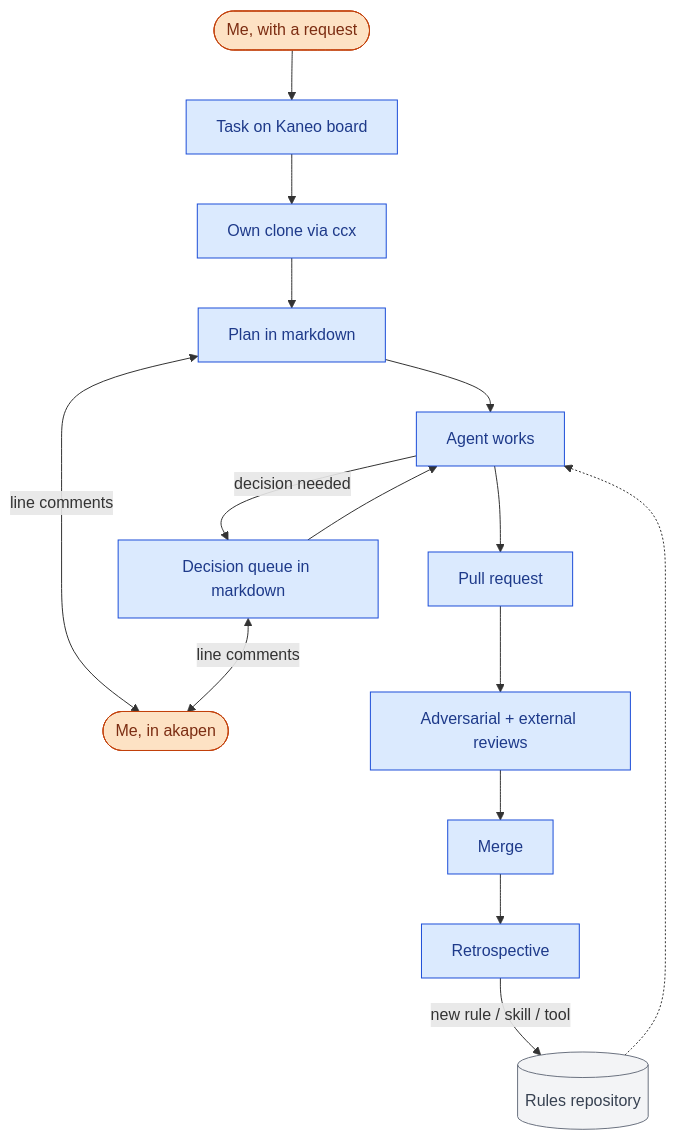
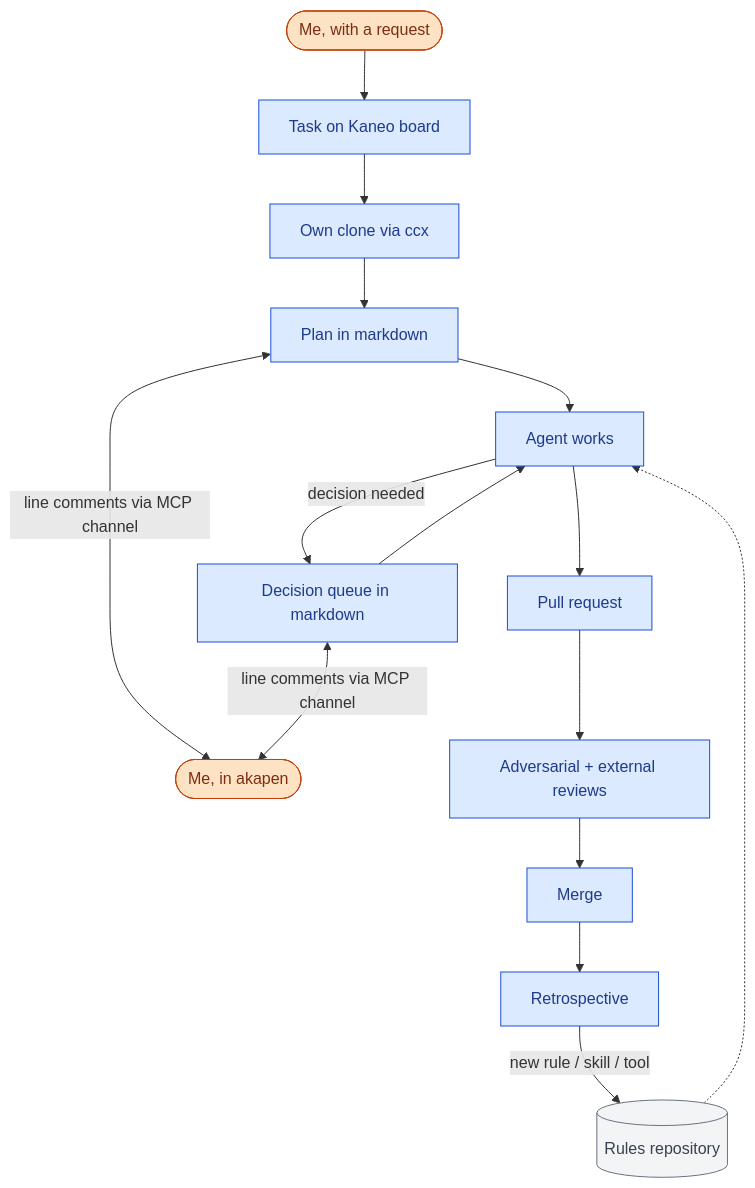
The diagram in src/pages/workflow.md (TakashiAihara/profile.takashiaihara.site), drawn with Mermaid before and after one commit. The commit also changed other lines of this file, not shown here.

First line of the commit message:
docs: add ccx-agent session support and akapen MCP channel

```diff
--- a/src/pages/workflow.md
+++ b/src/pages/workflow.md
@@ -12,23 +12,23 @@
 <pre class="mermaid">
 flowchart TD
   req([Me, with a request]) --> task[Task on Kaneo board]
   task --> clone[Own clone via ccx]
   clone --> plan[Plan in markdown]
-  plan <-->|line comments| me([Me, in akapen])
+  plan <-->|line comments via MCP channel| me([Me, in akapen])
   plan --> work[Agent works]
   work -->|decision needed| queue[Decision queue in markdown]
-  queue <-->|line comments| me
+  queue <-->|line comments via MCP channel| me
   queue --> work
   work --> pr[Pull request]
   pr --> review[Adversarial + external reviews]
   review --> merge[Merge]
   merge --> retro[Retrospective]
   retro -->|new rule / skill / tool| rules[(Rules repository)]
   rules -.-> work
   classDef human fill:#fde2c4,stroke:#c2410c,color:#7c2d12
   classDef agent fill:#dbeafe,stroke:#1d4ed8,color:#1e3a8a
   classDef store fill:#f3f4f6,stroke:#6b7280,color:#374151
   class req,me human
   class task,clone,plan,work,queue,pr,review,merge,retro agent
   class rules store
 </pre>
```
